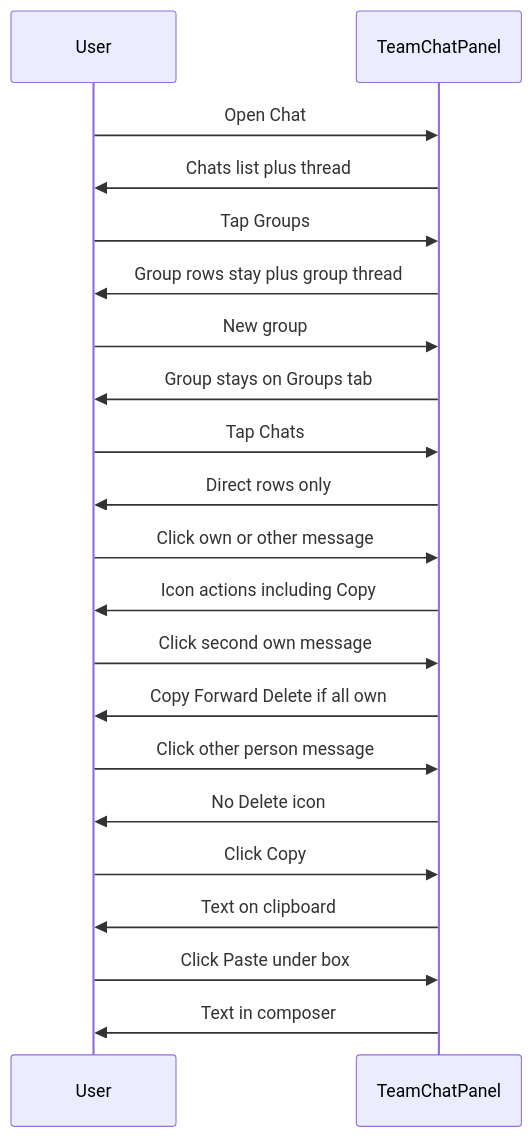
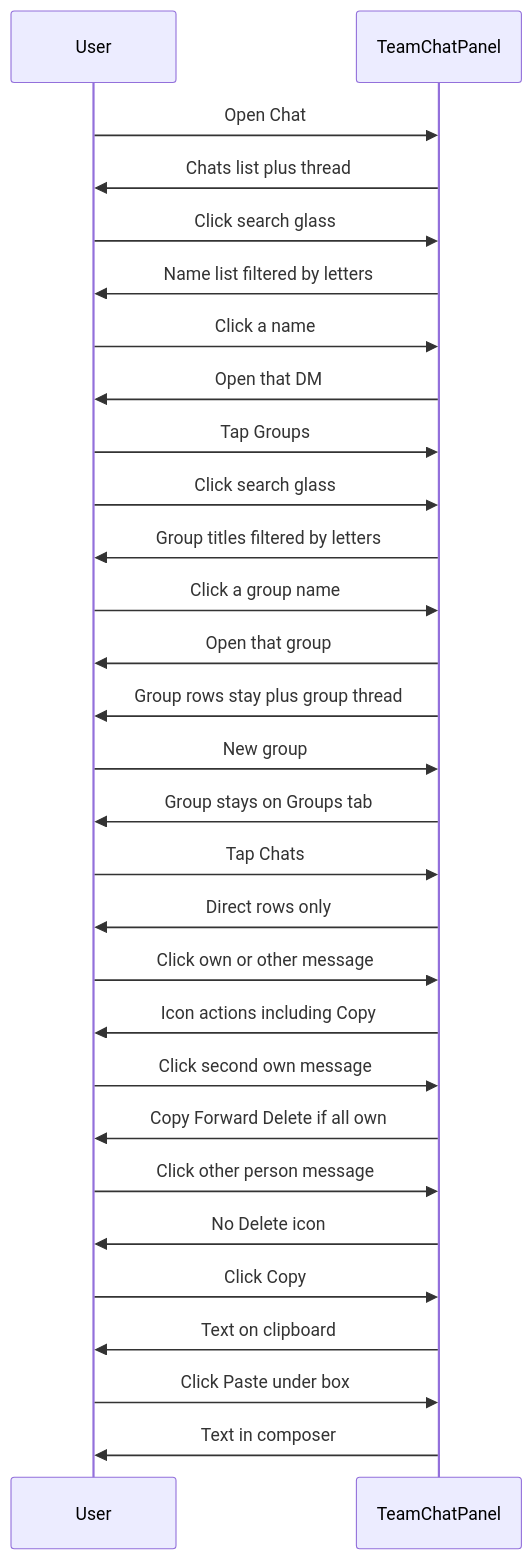
Before and after one commit to Mayur8291/Printing-Tracker: diagram 30 of 37 in docs/FLOWCHARTS.md, drawn with Mermaid. The commit also changed 14 other files, not shown here.

````diff
--- a/docs/FLOWCHARTS.md
+++ b/docs/FLOWCHARTS.md
@@ -647,23 +647,31 @@
 ```mermaid
 sequenceDiagram
   participant User
   participant Panel as TeamChatPanel
   User->>Panel: Open Chat
   Panel->>User: Chats list plus thread
+  User->>Panel: Click search glass
+  Panel->>User: Name list filtered by letters
+  User->>Panel: Click a name
+  Panel->>User: Open that DM
   User->>Panel: Tap Groups
+  User->>Panel: Click search glass
+  Panel->>User: Group titles filtered by letters
+  User->>Panel: Click a group name
+  Panel->>User: Open that group
   Panel->>User: Group rows stay plus group thread
   User->>Panel: New group
   Panel->>User: Group stays on Groups tab
   User->>Panel: Tap Chats
   Panel->>User: Direct rows only
   User->>Panel: Click own or other message
   Panel->>User: Icon actions including Copy
   User->>Panel: Click second own message
   Panel->>User: Copy Forward Delete if all own
   User->>Panel: Click other person message
   Panel->>User: No Delete icon
   User->>Panel: Click Copy
   Panel->>User: Text on clipboard
   User->>Panel: Click Paste under box
   Panel->>User: Text in composer
 ```
````
